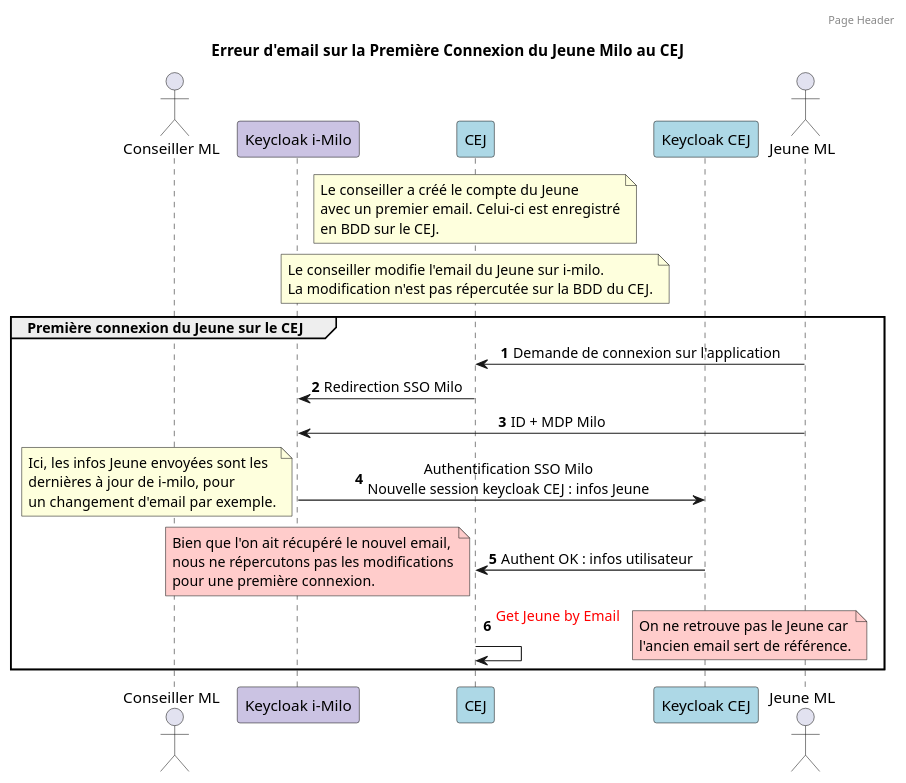
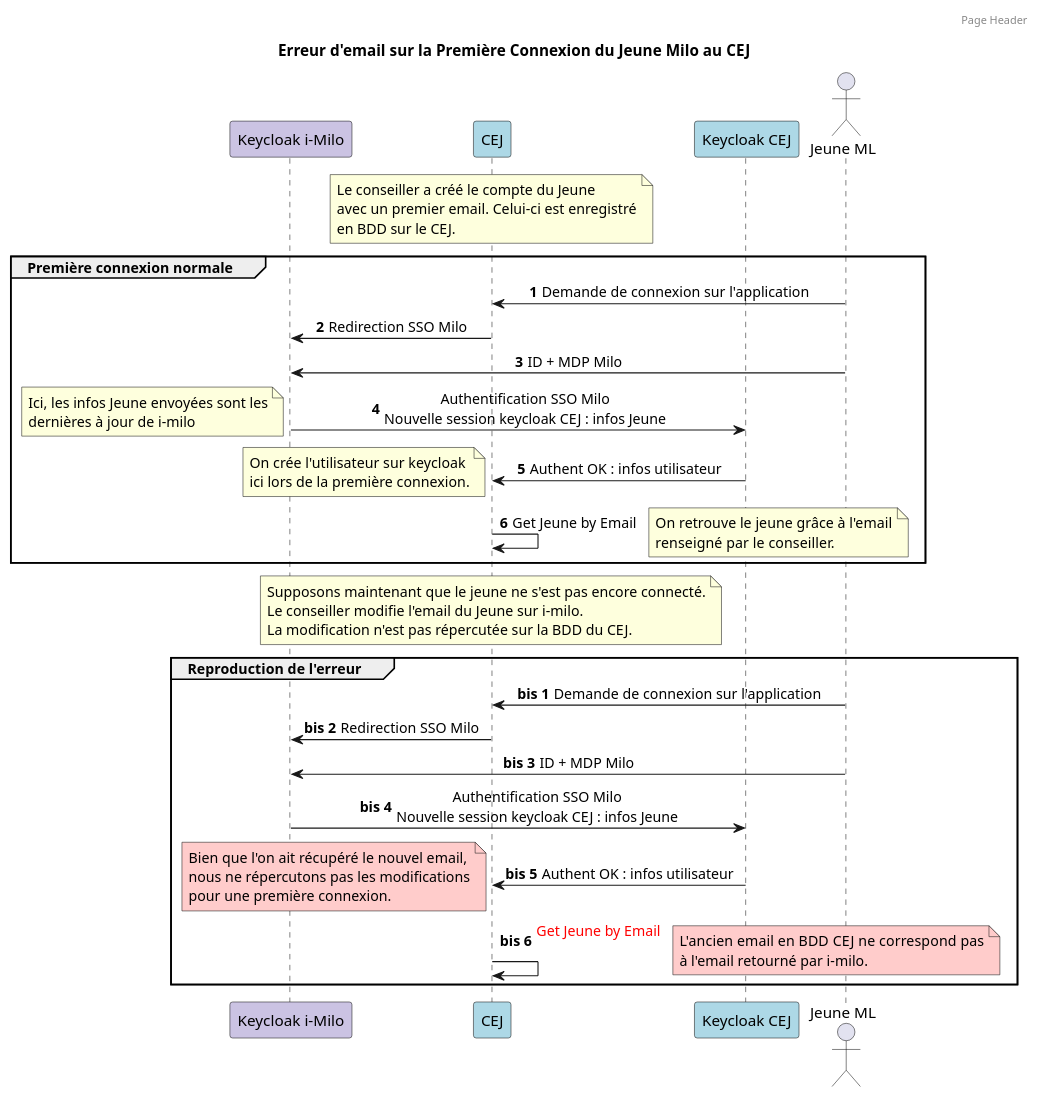
One commit to SocialGouv/pass-emploi-api changed the diagram in docs/diagrammes/authentification-erreur-email-invalide.puml. Above: the diagram before and after it, drawn with PlantUML. The commit also changed 7 other files, not shown here.

```diff
--- a/docs/diagrammes/authentification-erreur-email-invalide.puml
+++ b/docs/diagrammes/authentification-erreur-email-invalide.puml
@@ -1,33 +1,47 @@
 @startuml
 
 skinparam backgroundColor white
 
-actor "Conseiller ML" as conseiller
 participant "Keycloak i-Milo" as kckMilo 	#CBC3E3
 participant "CEJ" as cej #ADD8E6
 participant "Keycloak CEJ" as kckCej #ADD8E6
 actor "Jeune ML" as jeune
 
 header Page Header
 
 title Erreur d'email sur la Première Connexion du Jeune Milo au CEJ
 
 autonumber
 
 note over cej  : Le conseiller a créé le compte du Jeune\navec un premier email. Celui-ci est enregistré\nen BDD sur le CEJ.
-note over cej : Le conseiller modifie l'email du Jeune sur i-milo.\nLa modification n'est pas répercutée sur la BDD du CEJ.
 
-group Première connexion du Jeune sur le CEJ
+group Première connexion normale
 skinparam sequenceMessageAlign center
 jeune -> cej : Demande de connexion sur l'application
 cej -> kckMilo : Redirection SSO Milo
 jeune -> kckMilo : ID + MDP Milo
 kckMilo -> kckCej : Authentification SSO Milo\nNouvelle session keycloak CEJ : infos Jeune
-note left : Ici, les infos Jeune envoyées sont les\ndernières à jour de i-milo, pour\nun changement d'email par exemple.
+note left : Ici, les infos Jeune envoyées sont les\ndernières à jour de i-milo
+kckCej -> cej : Authent OK : infos utilisateur
+note left : On crée l'utilisateur sur keycloak\nici lors de la première connexion.
+cej -> cej : Get Jeune by Email
+note right : On retrouve le jeune grâce à l'email\nrenseigné par le conseiller.
+end
+
+autonumber stop
+note over cej : Supposons maintenant que le jeune ne s'est pas encore connecté.\nLe conseiller modifie l'email du Jeune sur i-milo.\nLa modification n'est pas répercutée sur la BDD du CEJ.
+
+autonumber "<b>bis "
+group Reproduction de l'erreur
+skinparam sequenceMessageAlign center
+jeune -> cej : Demande de connexion sur l'application
+cej -> kckMilo : Redirection SSO Milo
+jeune -> kckMilo : ID + MDP Milo
+kckMilo -> kckCej : Authentification SSO Milo\nNouvelle session keycloak CEJ : infos Jeune
 kckCej -> cej : Authent OK : infos utilisateur
 note left #ffcccb : Bien que l'on ait récupéré le nouvel email,\nnous ne répercutons pas les modifications\npour une première connexion.
 cej -> cej : <color:red>Get Jeune by Email\n
-note right #ffcccb : On ne retrouve pas le Jeune car\nl'ancien email sert de référence.
+note right #ffcccb : L'ancien email  en BDD CEJ ne correspond pas\nà l'email retourné par i-milo.
 
 end
 @enduml
```
